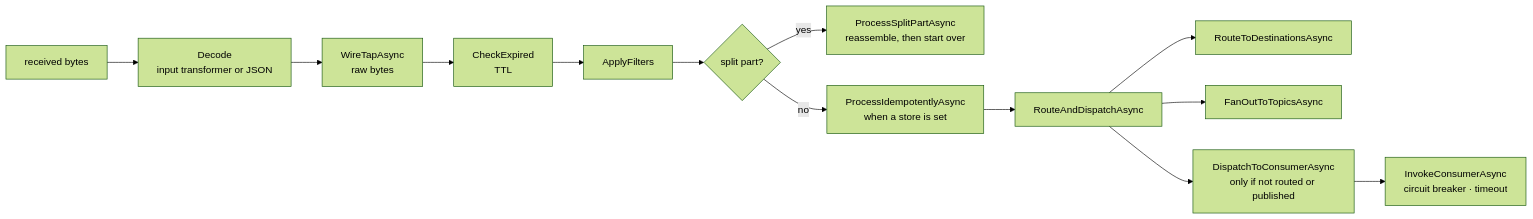
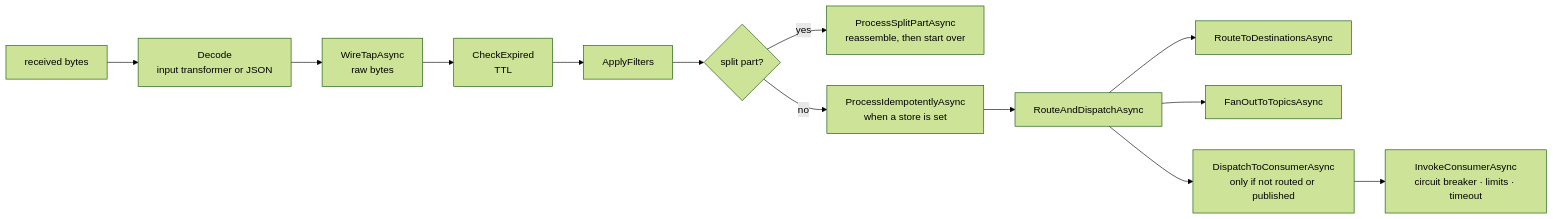
One commit to nymankla/NymBroker changed the second of 2 diagrams in docs/architecture.md. Above: the diagram before and after it, drawn with Mermaid (forest theme). The commit also changed other lines of this file and 32 other files, not shown here.

First line of the commit message:
Add rate and concurrency limits per consumer and per destination endpoint

````diff
--- a/docs/architecture.md
+++ b/docs/architecture.md
@@ -51,15 +51,15 @@
 ```mermaid
 flowchart LR
     R[received bytes] --> D[Decode<br/>input transformer or JSON]
     D --> WT[WireTapAsync<br/>raw bytes]
     WT --> X[CheckExpired<br/>TTL]
     X --> F[ApplyFilters]
     F --> SP{split part?}
     SP -- yes --> AG[ProcessSplitPartAsync<br/>reassemble, then start over]
     SP -- no --> ID[ProcessIdempotentlyAsync<br/>when a store is set]
     ID --> RD[RouteAndDispatchAsync]
     RD --> RT[RouteToDestinationsAsync]
     RD --> TP[FanOutToTopicsAsync]
     RD --> CN[DispatchToConsumerAsync<br/>only if not routed or published]
-    CN --> IC[InvokeConsumerAsync<br/>circuit breaker · timeout]
+    CN --> IC[InvokeConsumerAsync<br/>circuit breaker · limits · timeout]
 ```
````
